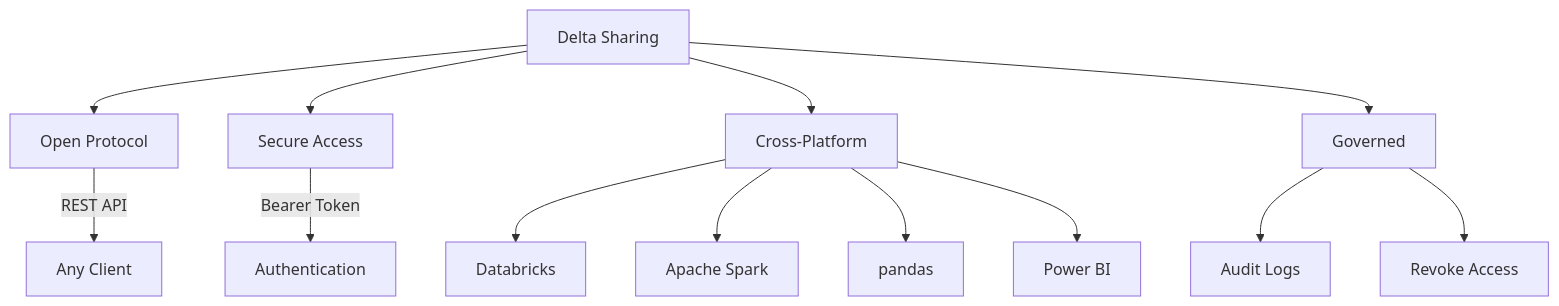
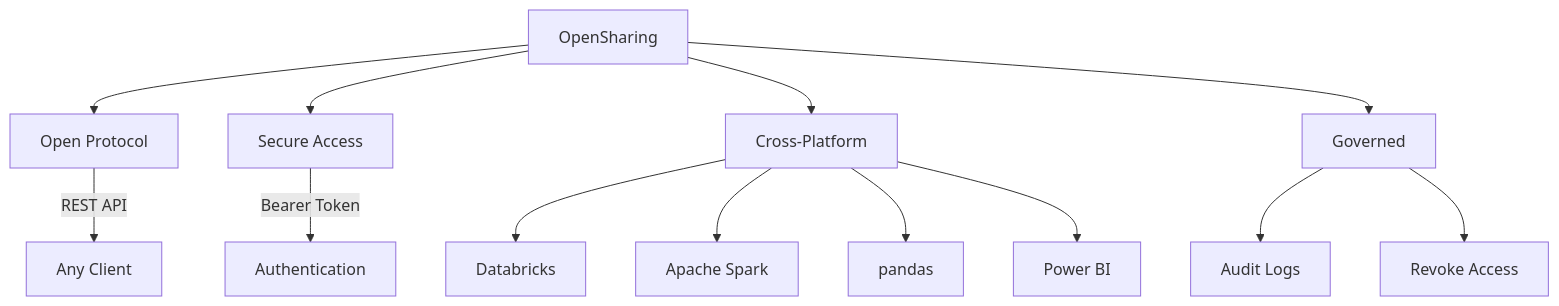
One commit to kengio/databricks-certification-study-guide changed the second of 4 diagrams in certifications/data-engineer-professional/02-data-ingestion-and-acquisition/06-opensharing.md. Above: the diagram before and after it, drawn with Mermaid. The commit also changed other lines of this file and 54 other files, not shown here.

````diff
--- a/certifications/data-engineer-professional/02-data-ingestion-and-acquisition/06-opensharing.md
+++ b/certifications/data-engineer-professional/02-data-ingestion-and-acquisition/06-opensharing.md
@@ -49,16 +49,16 @@
 ```mermaid
 flowchart TB
-    DeltaSharing[Delta Sharing] --> Open[Open Protocol]
+    DeltaSharing[OpenSharing] --> Open[Open Protocol]
     DeltaSharing --> Secure[Secure Access]
     DeltaSharing --> CrossPlatform[Cross-Platform]
     DeltaSharing --> Governed[Governed]
 
     Open --> |REST API| Any[Any Client]
     Secure --> |Bearer Token| Auth[Authentication]
     CrossPlatform --> Databricks[Databricks]
     CrossPlatform --> Spark[Apache Spark]
     CrossPlatform --> Pandas[pandas]
     CrossPlatform --> PowerBI[Power BI]
     Governed --> Audit[Audit Logs]
     Governed --> Revoke[Revoke Access]
 ```
````
